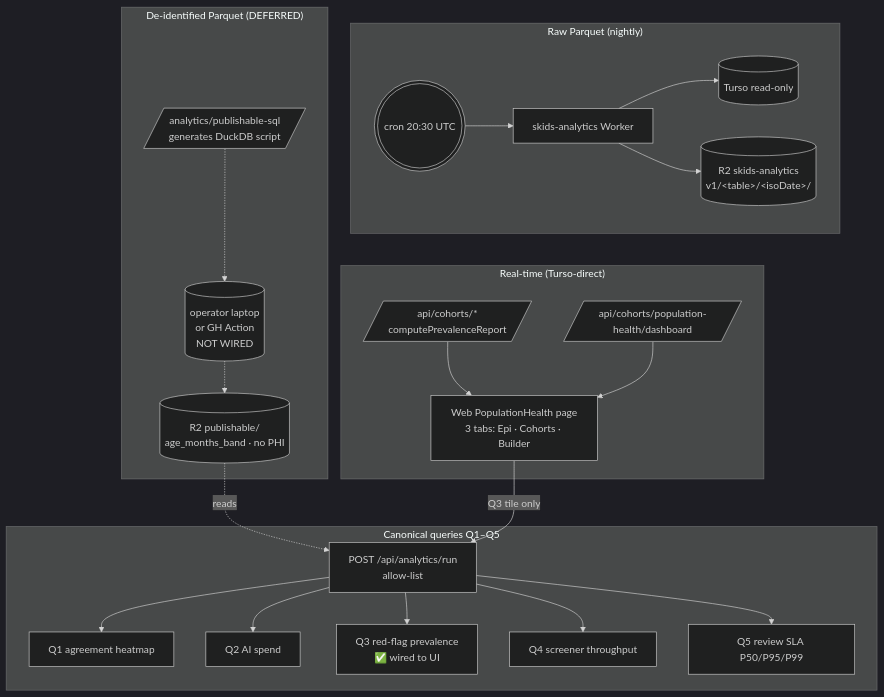
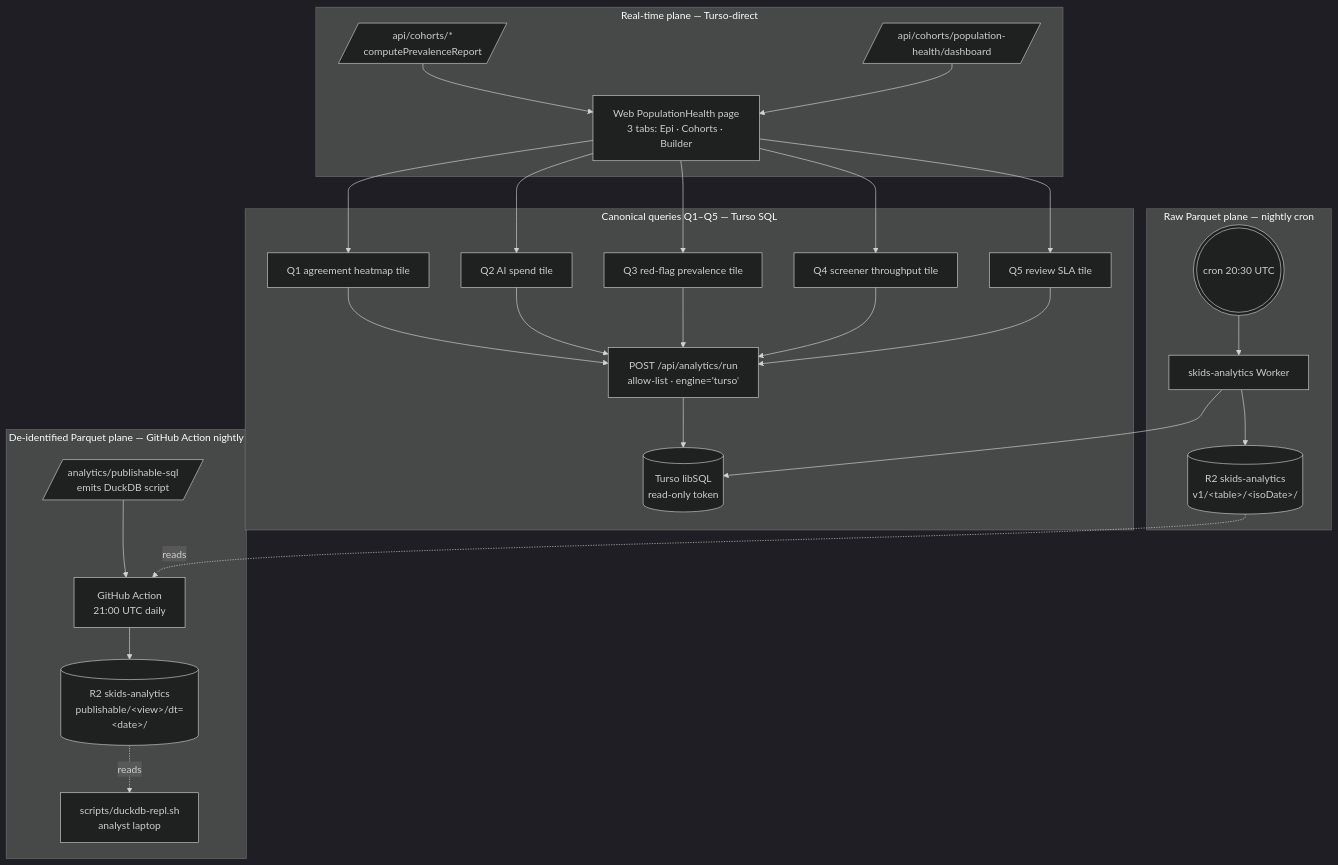
The third of 8 diagrams in docs/BLUEPRINT.md (satishskid/skids_rnaicf), drawn with Mermaid (dark theme) before and after one commit. The commit also changed other lines of this file and 4 other files, not shown here.

First line of the commit message:
feat(analytics): complete Phase 04 — honest engine, publishable runner, all 5 UI tiles (#31)

````diff
--- a/docs/BLUEPRINT.md
+++ b/docs/BLUEPRINT.md
@@ -139,39 +141,41 @@
 ```mermaid
 flowchart TB
-  subgraph Realtime["Real-time (Turso-direct)"]
+  subgraph Realtime["Real-time plane — Turso-direct"]
     COH[/api/cohorts/*<br/>computePrevalenceReport/]
     PHD[/api/cohorts/population-health/dashboard/]
     UI1[Web PopulationHealth page<br/>3 tabs: Epi · Cohorts · Builder]
     COH --> UI1
     PHD --> UI1
   end
 
-  subgraph Raw["Raw Parquet (nightly)"]
+  subgraph Canon["Canonical queries Q1–Q5 — Turso SQL"]
+    RUN[POST /api/analytics/run<br/>allow-list · engine='turso']
+    T_HOT[(Turso libSQL<br/>read-only token)]
+    Q1T[Q1 agreement heatmap tile]
+    Q2T[Q2 AI spend tile]
+    Q3T[Q3 red-flag prevalence tile]
+    Q4T[Q4 screener throughput tile]
+    Q5T[Q5 review SLA tile]
+    RUN --> T_HOT
+    UI1 --> Q1T & Q2T & Q3T & Q4T & Q5T
+    Q1T & Q2T & Q3T & Q4T & Q5T --> RUN
+  end
+
+  subgraph Raw["Raw Parquet plane — nightly cron"]
     CRON(((cron 20:30 UTC)))
     ANL[skids-analytics Worker]
-    T[(Turso read-only)]
     R2RAW[(R2 skids-analytics<br/>v1/&lt;table&gt;/&lt;isoDate&gt;/)]
-    CRON --> ANL --> T
+    CRON --> ANL --> T_HOT
     ANL --> R2RAW
   end
 
-  subgraph Pub["De-identified Parquet (DEFERRED)"]
-    SQL[/analytics/publishable-sql<br/>generates DuckDB script/]
-    DUCK[(operator laptop<br/>or GH Action<br/>NOT WIRED)]
-    R2PUB[(R2 publishable/<br/>age_months_band · no PHI)]
-    SQL -.-> DUCK -.-> R2PUB
+  subgraph Pub["De-identified Parquet plane — GitHub Action nightly"]
+    SQL[/analytics/publishable-sql<br/>emits DuckDB script/]
+    GHA[GitHub Action<br/>21:00 UTC daily]
+    R2PUB[(R2 skids-analytics<br/>publishable/&lt;view&gt;/dt=&lt;date&gt;/)]
+    DUCKLOCAL[scripts/duckdb-repl.sh<br/>analyst laptop]
+    SQL --> GHA --> R2PUB
+    R2RAW -. reads .-> GHA
+    R2PUB -. reads .-> DUCKLOCAL
   end
-
-  subgraph Canon["Canonical queries Q1–Q5"]
-    RUN[POST /api/analytics/run<br/>allow-list]
-    Q1[Q1 agreement heatmap]
-    Q2[Q2 AI spend]
-    Q3[Q3 red-flag prevalence<br/>✅ wired to UI]
-    Q4[Q4 screener throughput]
-    Q5[Q5 review SLA P50/P95/P99]
-    RUN --> Q1 & Q2 & Q3 & Q4 & Q5
-    R2PUB -. reads .-> RUN
-  end
-
-  UI1 -->|Q3 tile only| RUN
 ```
````
